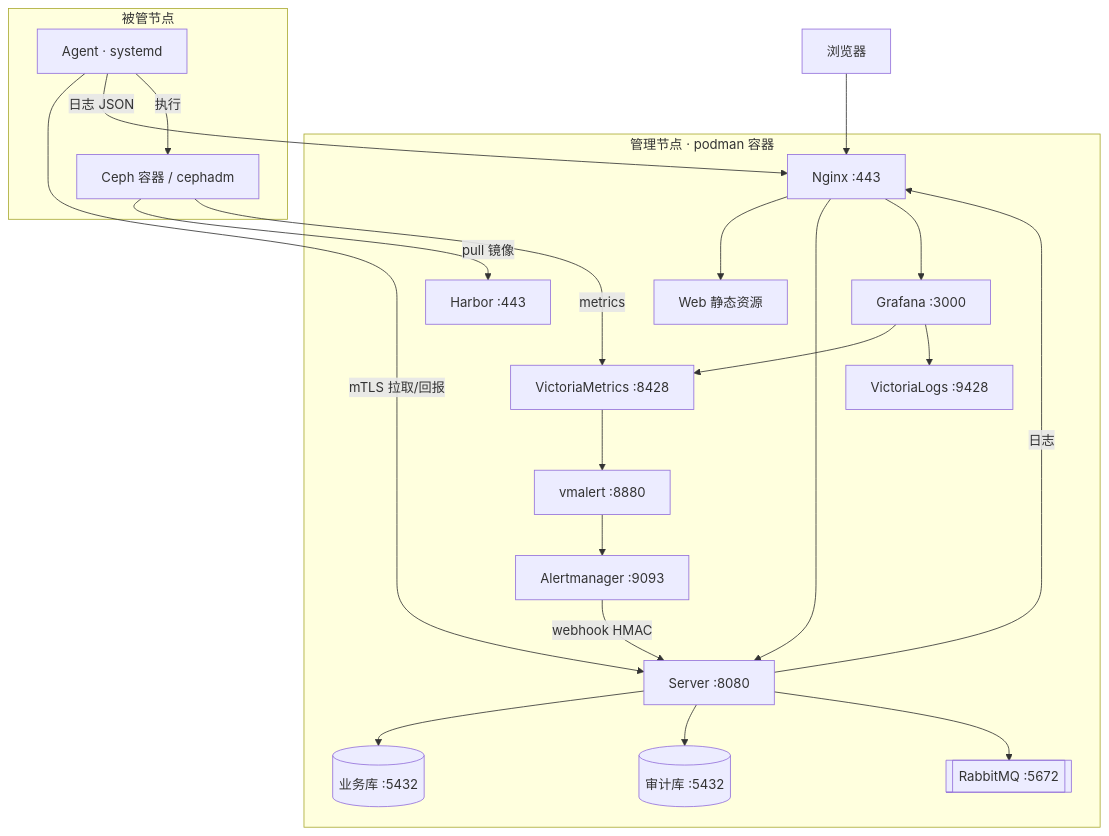
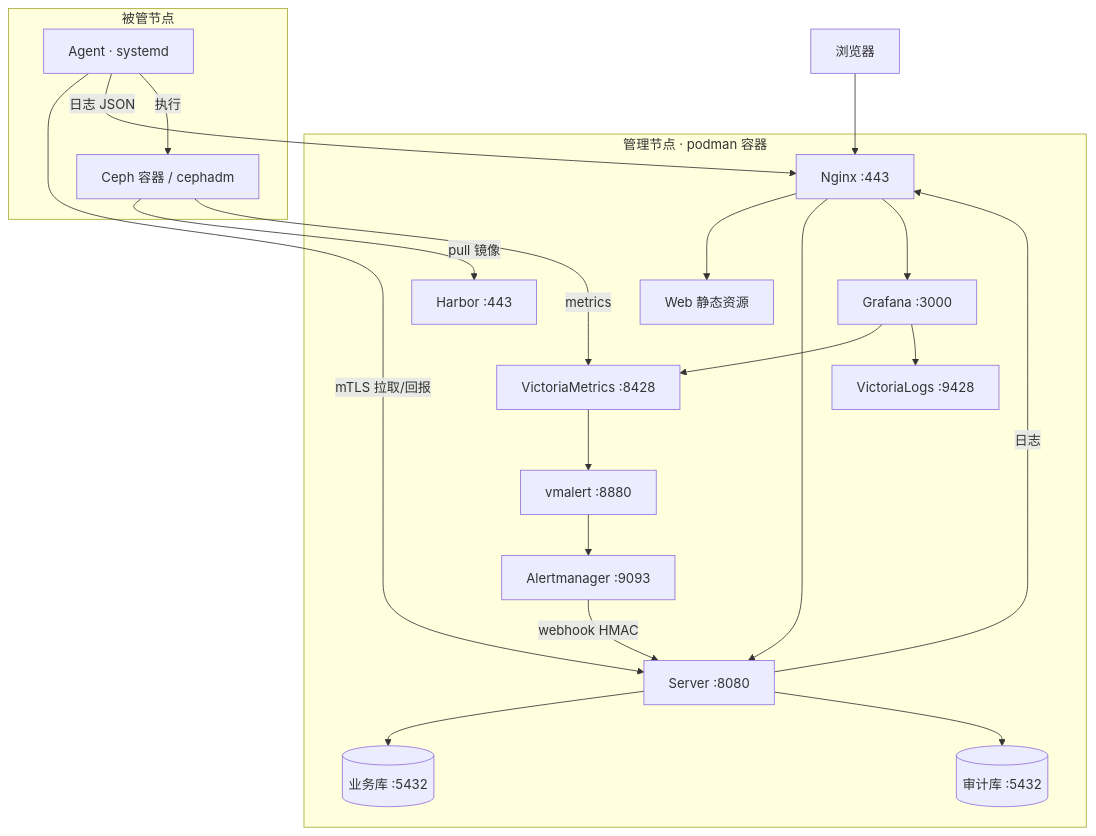
The diagram in docs/02-研发线/04-架构师/系统架构与数据流全景.md (lnsyyj/winter), drawn with Mermaid before and after one commit. The commit also changed other lines of this file and 17 other files, not shown here.

````diff
--- a/docs/02-研发线/04-架构师/系统架构与数据流全景.md
+++ b/docs/02-研发线/04-架构师/系统架构与数据流全景.md
@@ -41,43 +41,41 @@
 ```mermaid
 graph TB
   U[浏览器]
 
   subgraph MGMT[管理节点 · podman 容器]
     NG[Nginx :443]
     WEB[Web 静态资源]
     S[Server :8080]
     PG[(业务库 :5432)]
     ADB[(审计库 :5432)]
-    MQ[[RabbitMQ :5672]]
     HR[Harbor :443]
     VM[VictoriaMetrics :8428]
     VL[VictoriaLogs :9428]
     VMA[vmalert :8880]
     AM[Alertmanager :9093]
     GF[Grafana :3000]
   end
 
   subgraph NODE[被管节点]
     A[Agent · systemd]
     CE[Ceph 容器 / cephadm]
   end
 
   U --> NG
   NG --> WEB
   NG --> S
   NG --> GF
   S --> PG
   S --> ADB
-  S --> MQ
   A -->|mTLS 拉取/回报| S
   A -->|日志 JSON| NG
   A -->|执行| CE
   CE -->|pull 镜像| HR
   CE -->|metrics| VM
   VM --> VMA
   VMA --> AM
   AM -->|webhook HMAC| S
   GF --> VM
   GF --> VL
   S -->|日志| NG
 ```
````
